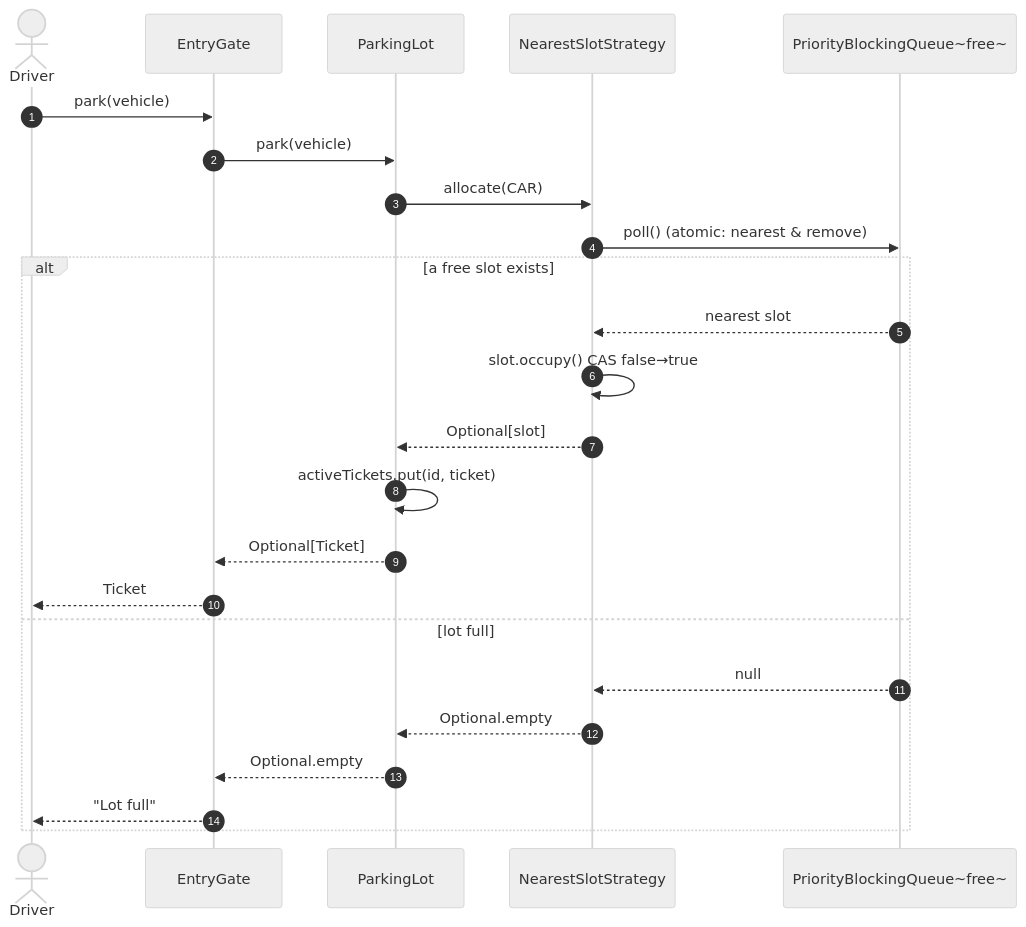
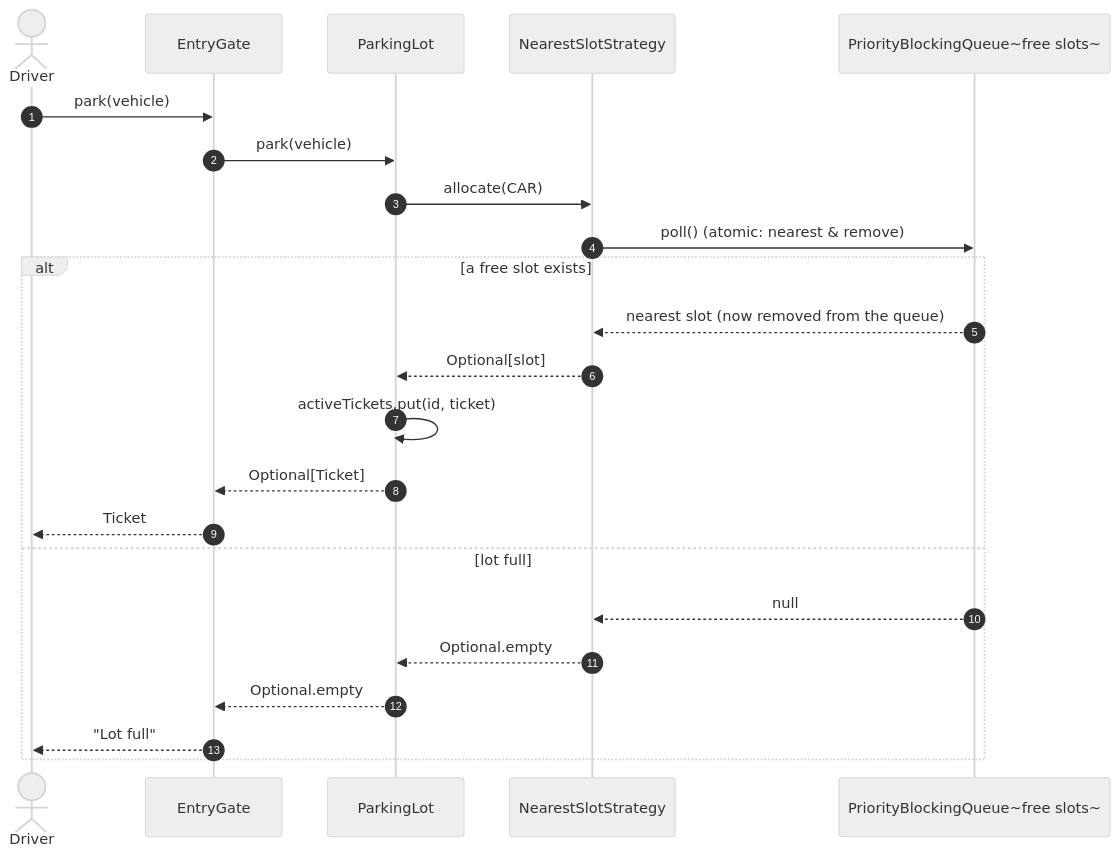
Before and after one commit to AlvinBAnerjee/Interview_and_Competitive_Programming: the diagram in src/MachineCoding_LLD/LLD_Interview_Problems/_01_Easy_ParkingLotSystem/assets/park-sequence.mmd, drawn with Mermaid. The commit also changed 21 other files, not shown here.

First line of the commit message:
Simplify the Parking Lot solution so the flow is easier to follow

```diff
--- a/src/MachineCoding_LLD/LLD_Interview_Problems/_01_Easy_ParkingLotSystem/assets/park-sequence.mmd
+++ b/src/MachineCoding_LLD/LLD_Interview_Problems/_01_Easy_ParkingLotSystem/assets/park-sequence.mmd
@@ -1,26 +1,25 @@
 %%{init: {'theme':'neutral', 'themeVariables': {'fontSize':'15px'}}}%%
 sequenceDiagram
     autonumber
     actor Driver
     participant Gate as EntryGate
     participant Lot as ParkingLot
     participant SAS as NearestSlotStrategy
-    participant Q as PriorityBlockingQueue~free~
+    participant Q as PriorityBlockingQueue~free slots~
 
     Driver->>Gate: park(vehicle)
     Gate->>Lot: park(vehicle)
     Lot->>SAS: allocate(CAR)
     SAS->>Q: poll()  (atomic: nearest & remove)
     alt a free slot exists
-        Q-->>SAS: nearest slot
-        SAS->>SAS: slot.occupy() CAS false→true
+        Q-->>SAS: nearest slot (now removed from the queue)
         SAS-->>Lot: Optional[slot]
         Lot->>Lot: activeTickets.put(id, ticket)
         Lot-->>Gate: Optional[Ticket]
         Gate-->>Driver: Ticket
     else lot full
         Q-->>SAS: null
         SAS-->>Lot: Optional.empty
         Lot-->>Gate: Optional.empty
         Gate-->>Driver: "Lot full"
     end
```
